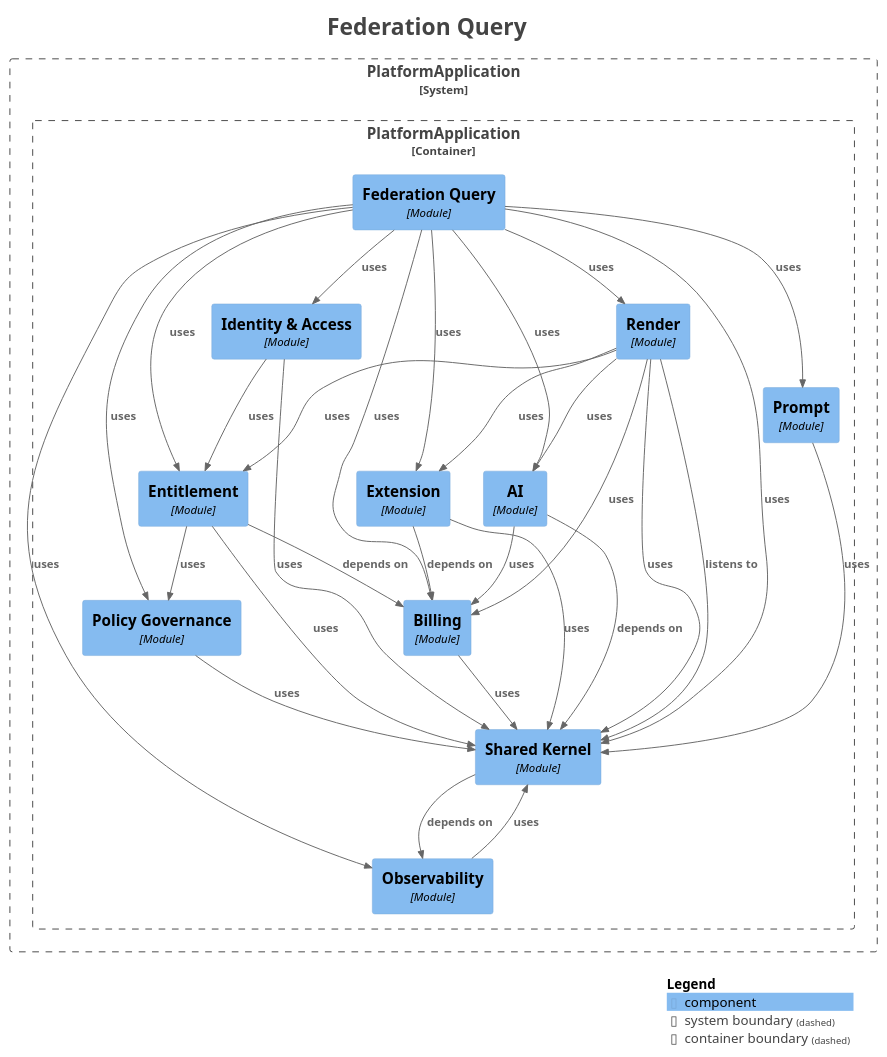
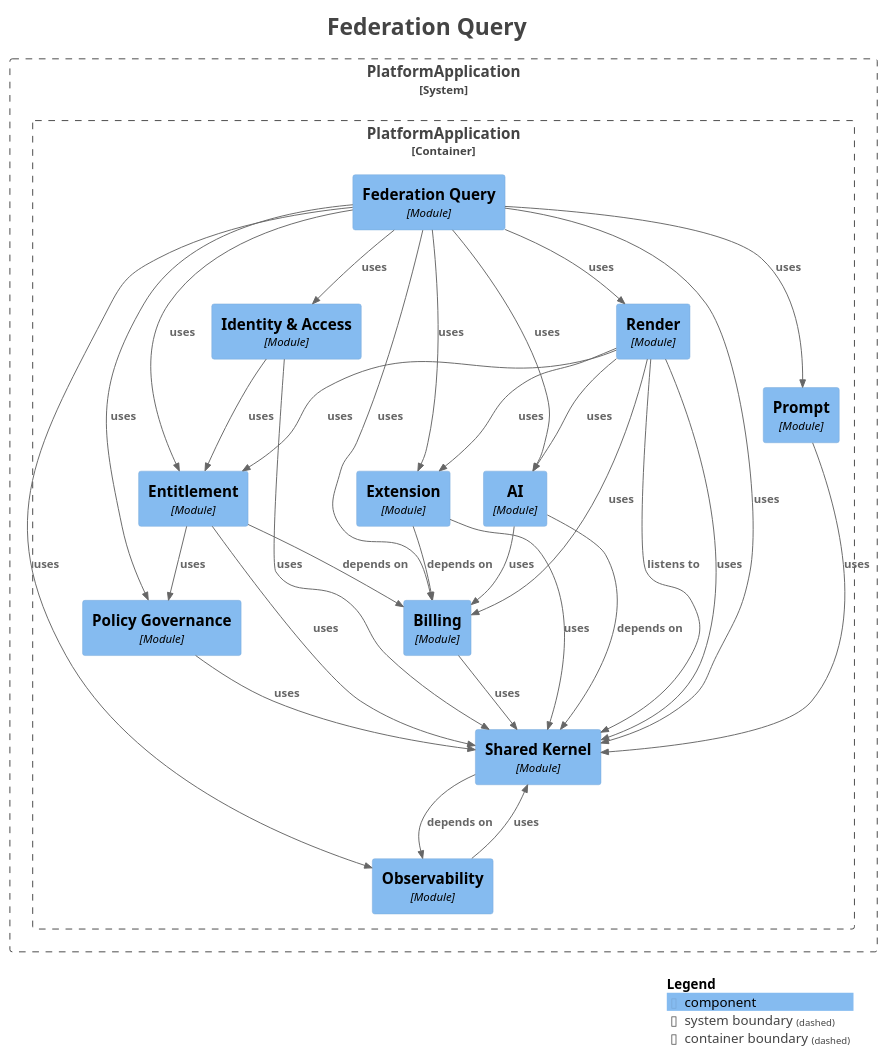
One commit to shangxq007/media-platform changed the diagram in platform-app/docs/architecture/maps/generated/modulith/module-federation.puml. Above: the diagram before and after it, drawn with PlantUML. The commit also changed other lines of this file and 17 other files, not shown here.

```diff
--- a/platform-app/docs/architecture/maps/generated/modulith/module-federation.puml
+++ b/platform-app/docs/architecture/maps/generated/modulith/module-federation.puml
@@ -1,68 +1,68 @@
 @startuml
 title <size:24>Federation Query</size>
 
 set separator none
 top to bottom direction
 
 <style>
   root {
     BackgroundColor: #ffffff
     FontColor: #444444
   }
 </style>
 
 !include <C4/C4>
 !include <C4/C4_Context>
 !include <C4/C4_Component>
 
 System_Boundary("PlatformApplication_boundary", "PlatformApplication", $tags="") {
   Container_Boundary("PlatformApplication.PlatformApplication_boundary", "PlatformApplication", $tags="") {
     Component(PlatformApplication.PlatformApplication.Entitlement, "Entitlement", $techn="Module", $descr="", $tags="", $link="")
     Component(PlatformApplication.PlatformApplication.Extension, "Extension", $techn="Module", $descr="", $tags="", $link="")
     Component(PlatformApplication.PlatformApplication.FederationQuery, "Federation Query", $techn="Module", $descr="", $tags="", $link="")
     Component(PlatformApplication.PlatformApplication.IdentityAccess, "Identity & Access", $techn="Module", $descr="", $tags="", $link="")
     Component(PlatformApplication.PlatformApplication.Observability, "Observability", $techn="Module", $descr="", $tags="", $link="")
     Component(PlatformApplication.PlatformApplication.AI, "AI", $techn="Module", $descr="", $tags="", $link="")
     Component(PlatformApplication.PlatformApplication.PolicyGovernance, "Policy Governance", $techn="Module", $descr="", $tags="", $link="")
     Component(PlatformApplication.PlatformApplication.Prompt, "Prompt", $techn="Module", $descr="", $tags="", $link="")
     Component(PlatformApplication.PlatformApplication.Render, "Render", $techn="Module", $descr="", $tags="", $link="")
     Component(PlatformApplication.PlatformApplication.SharedKernel, "Shared Kernel", $techn="Module", $descr="", $tags="", $link="")
     Component(PlatformApplication.PlatformApplication.Billing, "Billing", $techn="Module", $descr="", $tags="", $link="")
   }
 
 }
 
+Rel(PlatformApplication.PlatformApplication.IdentityAccess, PlatformApplication.PlatformApplication.SharedKernel, "uses", $techn="", $tags="", $link="")
+Rel(PlatformApplication.PlatformApplication.IdentityAccess, PlatformApplication.PlatformApplication.Entitlement, "uses", $techn="", $tags="", $link="")
+Rel(PlatformApplication.PlatformApplication.Render, PlatformApplication.PlatformApplication.SharedKernel, "listens to", $techn="", $tags="", $link="")
 Rel(PlatformApplication.PlatformApplication.Render, PlatformApplication.PlatformApplication.AI, "uses", $techn="", $tags="", $link="")
 Rel(PlatformApplication.PlatformApplication.Render, PlatformApplication.PlatformApplication.Entitlement, "uses", $techn="", $tags="", $link="")
 Rel(PlatformApplication.PlatformApplication.Render, PlatformApplication.PlatformApplication.Billing, "uses", $techn="", $tags="", $link="")
 Rel(PlatformApplication.PlatformApplication.Render, PlatformApplication.PlatformApplication.Extension, "uses", $techn="", $tags="", $link="")
 Rel(PlatformApplication.PlatformApplication.Render, PlatformApplication.PlatformApplication.SharedKernel, "uses", $techn="", $tags="", $link="")
-Rel(PlatformApplication.PlatformApplication.Entitlement, PlatformApplication.PlatformApplication.Billing, "depends on", $techn="", $tags="", $link="")
-Rel(PlatformApplication.PlatformApplication.Entitlement, PlatformApplication.PlatformApplication.PolicyGovernance, "uses", $techn="", $tags="", $link="")
-Rel(PlatformApplication.PlatformApplication.Entitlement, PlatformApplication.PlatformApplication.SharedKernel, "uses", $techn="", $tags="", $link="")
+Rel(PlatformApplication.PlatformApplication.Observability, PlatformApplication.PlatformApplication.SharedKernel, "uses", $techn="", $tags="", $link="")
 Rel(PlatformApplication.PlatformApplication.AI, PlatformApplication.PlatformApplication.SharedKernel, "depends on", $techn="", $tags="", $link="")
 Rel(PlatformApplication.PlatformApplication.AI, PlatformApplication.PlatformApplication.Billing, "uses", $techn="", $tags="", $link="")
-Rel(PlatformApplication.PlatformApplication.Billing, PlatformApplication.PlatformApplication.SharedKernel, "uses", $techn="", $tags="", $link="")
-Rel(PlatformApplication.PlatformApplication.Extension, PlatformApplication.PlatformApplication.Billing, "depends on", $techn="", $tags="", $link="")
-Rel(PlatformApplication.PlatformApplication.Extension, PlatformApplication.PlatformApplication.SharedKernel, "uses", $techn="", $tags="", $link="")
-Rel(PlatformApplication.PlatformApplication.Prompt, PlatformApplication.PlatformApplication.SharedKernel, "uses", $techn="", $tags="", $link="")
-Rel(PlatformApplication.PlatformApplication.Observability, PlatformApplication.PlatformApplication.SharedKernel, "uses", $techn="", $tags="", $link="")
 Rel(PlatformApplication.PlatformApplication.PolicyGovernance, PlatformApplication.PlatformApplication.SharedKernel, "uses", $techn="", $tags="", $link="")
 Rel(PlatformApplication.PlatformApplication.FederationQuery, PlatformApplication.PlatformApplication.SharedKernel, "uses", $techn="", $tags="", $link="")
 Rel(PlatformApplication.PlatformApplication.FederationQuery, PlatformApplication.PlatformApplication.Observability, "uses", $techn="", $tags="", $link="")
 Rel(PlatformApplication.PlatformApplication.FederationQuery, PlatformApplication.PlatformApplication.Billing, "uses", $techn="", $tags="", $link="")
 Rel(PlatformApplication.PlatformApplication.FederationQuery, PlatformApplication.PlatformApplication.Entitlement, "uses", $techn="", $tags="", $link="")
 Rel(PlatformApplication.PlatformApplication.FederationQuery, PlatformApplication.PlatformApplication.Prompt, "uses", $techn="", $tags="", $link="")
 Rel(PlatformApplication.PlatformApplication.FederationQuery, PlatformApplication.PlatformApplication.Render, "uses", $techn="", $tags="", $link="")
 Rel(PlatformApplication.PlatformApplication.FederationQuery, PlatformApplication.PlatformApplication.IdentityAccess, "uses", $techn="", $tags="", $link="")
 Rel(PlatformApplication.PlatformApplication.FederationQuery, PlatformApplication.PlatformApplication.Extension, "uses", $techn="", $tags="", $link="")
 Rel(PlatformApplication.PlatformApplication.FederationQuery, PlatformApplication.PlatformApplication.PolicyGovernance, "uses", $techn="", $tags="", $link="")
 Rel(PlatformApplication.PlatformApplication.FederationQuery, PlatformApplication.PlatformApplication.AI, "uses", $techn="", $tags="", $link="")
-Rel(PlatformApplication.PlatformApplication.IdentityAccess, PlatformApplication.PlatformApplication.SharedKernel, "uses", $techn="", $tags="", $link="")
-Rel(PlatformApplication.PlatformApplication.IdentityAccess, PlatformApplication.PlatformApplication.Entitlement, "uses", $techn="", $tags="", $link="")
+Rel(PlatformApplication.PlatformApplication.Billing, PlatformApplication.PlatformApplication.SharedKernel, "uses", $techn="", $tags="", $link="")
+Rel(PlatformApplication.PlatformApplication.Prompt, PlatformApplication.PlatformApplication.SharedKernel, "uses", $techn="", $tags="", $link="")
+Rel(PlatformApplication.PlatformApplication.Entitlement, PlatformApplication.PlatformApplication.Billing, "depends on", $techn="", $tags="", $link="")
+Rel(PlatformApplication.PlatformApplication.Entitlement, PlatformApplication.PlatformApplication.PolicyGovernance, "uses", $techn="", $tags="", $link="")
+Rel(PlatformApplication.PlatformApplication.Entitlement, PlatformApplication.PlatformApplication.SharedKernel, "uses", $techn="", $tags="", $link="")
 Rel(PlatformApplication.PlatformApplication.SharedKernel, PlatformApplication.PlatformApplication.Observability, "depends on", $techn="", $tags="", $link="")
-Rel(PlatformApplication.PlatformApplication.Render, PlatformApplication.PlatformApplication.SharedKernel, "listens to", $techn="", $tags="", $link="")
+Rel(PlatformApplication.PlatformApplication.Extension, PlatformApplication.PlatformApplication.Billing, "depends on", $techn="", $tags="", $link="")
+Rel(PlatformApplication.PlatformApplication.Extension, PlatformApplication.PlatformApplication.SharedKernel, "uses", $techn="", $tags="", $link="")
 
 SHOW_LEGEND(true)
 hide stereotypes
 @enduml
```
